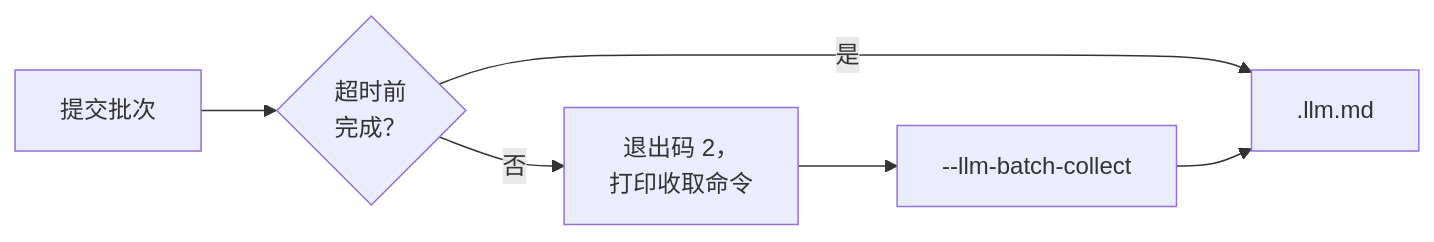
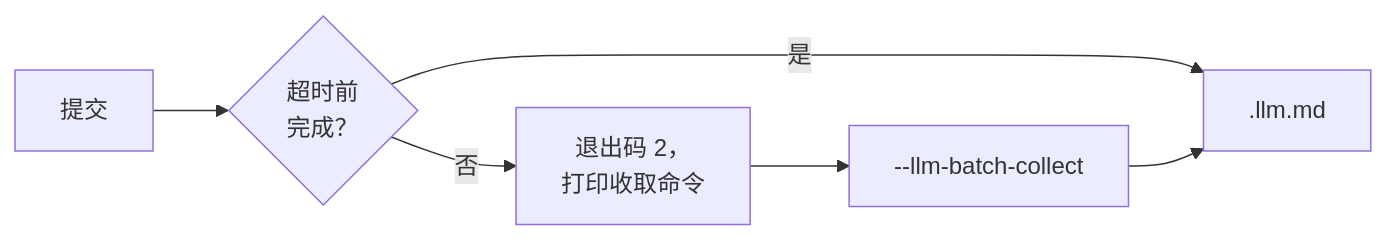
The second of 3 diagrams in website/zh/guide/cli.md (Ynewtime/markitai), drawn with Mermaid before and after one commit. The commit also changed other lines of this file and 38 other files, not shown here.

````diff
--- a/website/zh/guide/cli.md
+++ b/website/zh/guide/cli.md
@@ -62,7 +55,7 @@
 ```mermaid
 flowchart LR
-  S[提交批次] --> W{超时前<br/>完成？}
+  S[提交] --> W{超时前<br/>完成？}
   W -->|是| D[.llm.md]
   W -->|否| H[退出码 2，<br/>打印收取命令]
   H --> C[--llm-batch-collect] --> D
 ```
````
